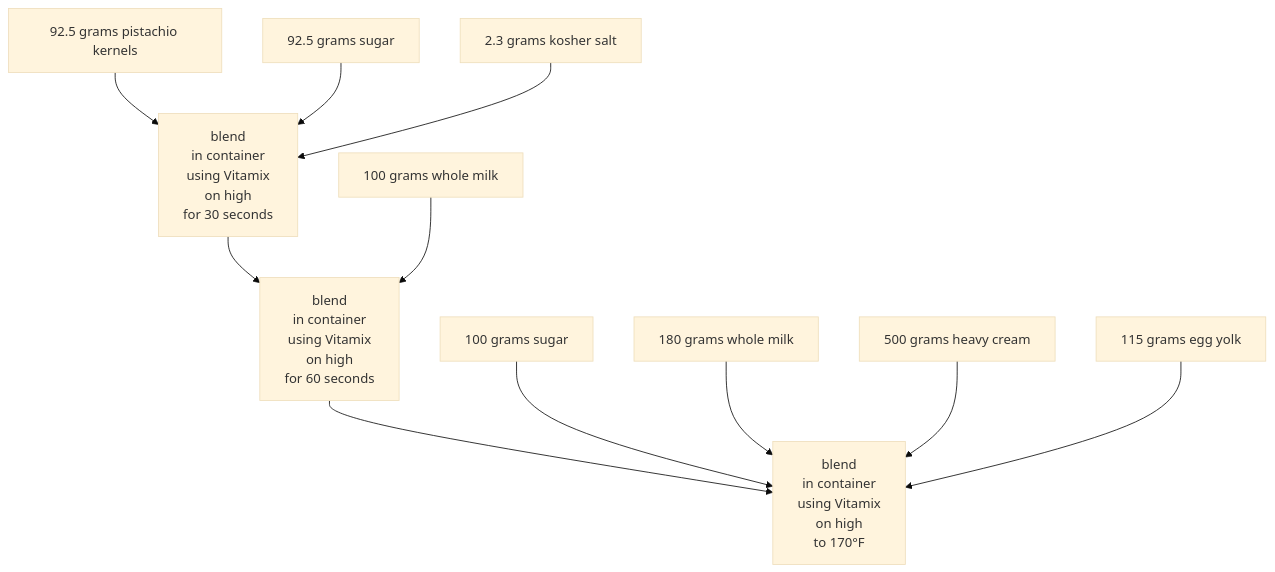
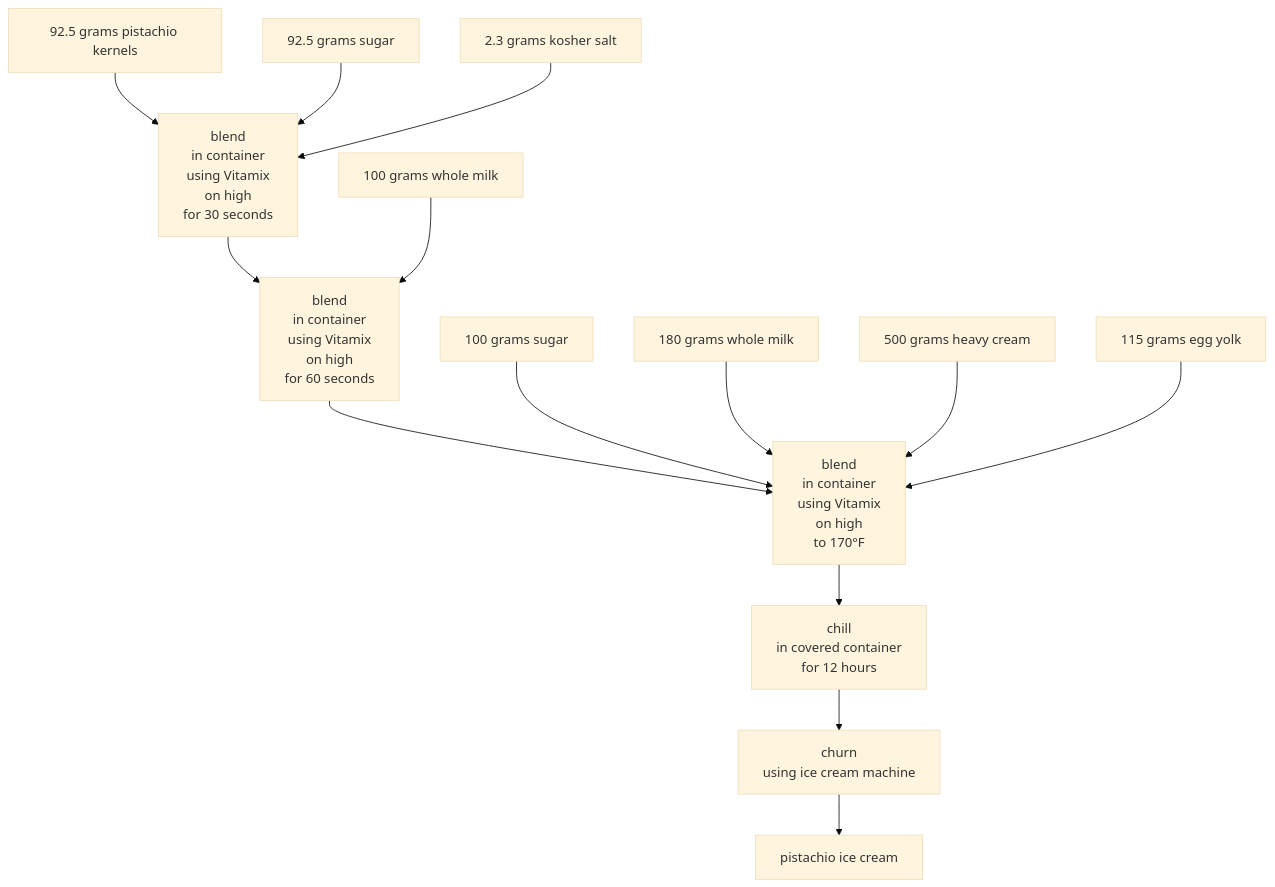
Before and after one commit to vincentl/aquilo: the fourth of 4 diagrams in README.md, drawn with Mermaid.

Commit message:
finished pistachio ice cream graph in README

````diff
--- a/README.md
+++ b/README.md
@@ -195,53 +195,68 @@
 ```mermaid
 %%{
   init: {
     'theme': 'base',
     'themeVariables': {
       'fontFamily': 'monospace'
     }
   }
 }%%
 flowchart TB
   P[92.5 grams pistachio kernels]
   S0[92.5 grams sugar]
   S[2.3 grams kosher salt]
 
   B0["blend
 in container
 using Vitamix
 on high
 for 30 seconds"]
 
   P --> B0;
   S0 --> B0;
   S --> B0;
 
   M0[100 grams whole milk]
 
   B1["blend
 in container
 using Vitamix
 on high
 for 60 seconds"]
 
   B0 --> B1;
   M0 --> B1;
 
   S1[100 grams sugar]
   M1[180 grams whole milk]
   H[500 grams heavy cream]
   E[115 grams egg yolk]
 
   B2["blend
 in container
 using Vitamix
 on high
 to 170°F"]
 
   B1 --> B2;
   S1 --> B2;
   M1 --> B2;
   H --> B2;
   E --> B2;
 
+  Chill["chill
+in covered container
+for 12 hours"]
+
+  B2 --> Chill;
+
+  Churn["churn
+using ice cream machine"]
+
+  Chill --> Churn;
+
+  Product[pistachio ice cream]
+
+  Churn --> Product;
+
 ```
````
